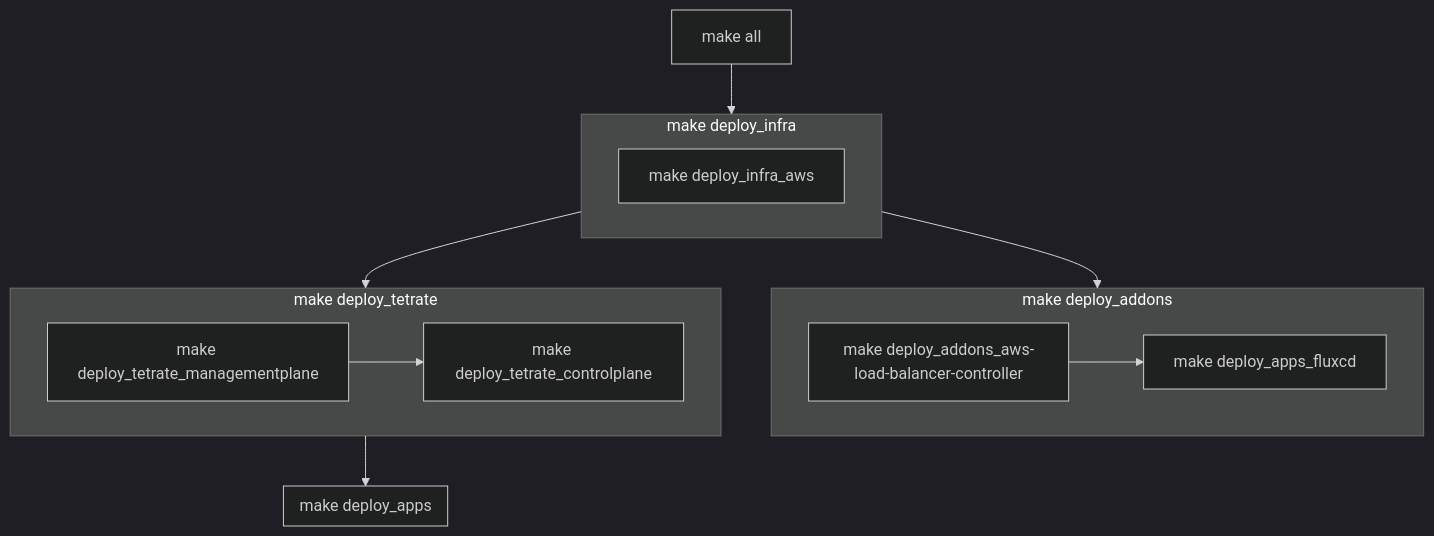
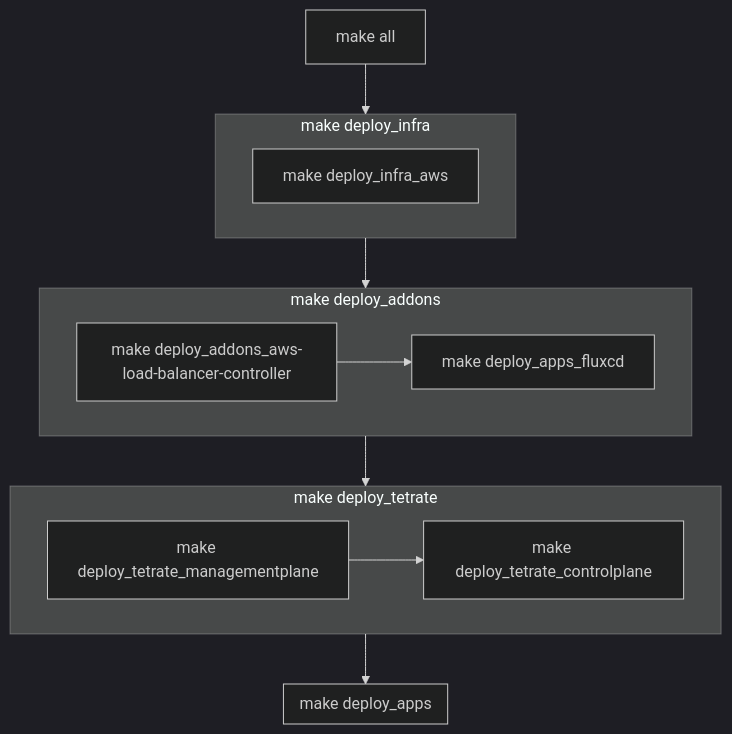
The diagram in README.md (tetratelabs/tetrate-service-express-sandbox), drawn with Mermaid (dark theme) before and after one commit.

````diff
--- a/README.md
+++ b/README.md
@@ -15,21 +15,21 @@
 ```mermaid
   graph TD;
       all[make all] --> infra[make deploy_infra]
       subgraph infra[make deploy_infra]
         infra_aws[make deploy_infra_aws]
       end
       infra --> addons[make deploy_addons]
       subgraph addons[make deploy_addons]
          aws-load-balancer-controller[make deploy_addons_aws-load-balancer-controller] -->
          fluxcd[make deploy_addons_fluxcd]
       end
-      infra --> tetrate[make deploy_tetrate]
+      addons --> tetrate[make deploy_tetrate]
       subgraph tetrate[make deploy_tetrate]
          tetrate_managementplane[make deploy_tetrate_managementplane] -->
          tetrate_controlplane[make deploy_tetrate_controlplane]
       end
       tetrate --> apps[make deploy_apps]
       subgraph apps[make deploy_apps]
          fluxcd[make deploy_apps_fluxcd]
       end
 ```
````
